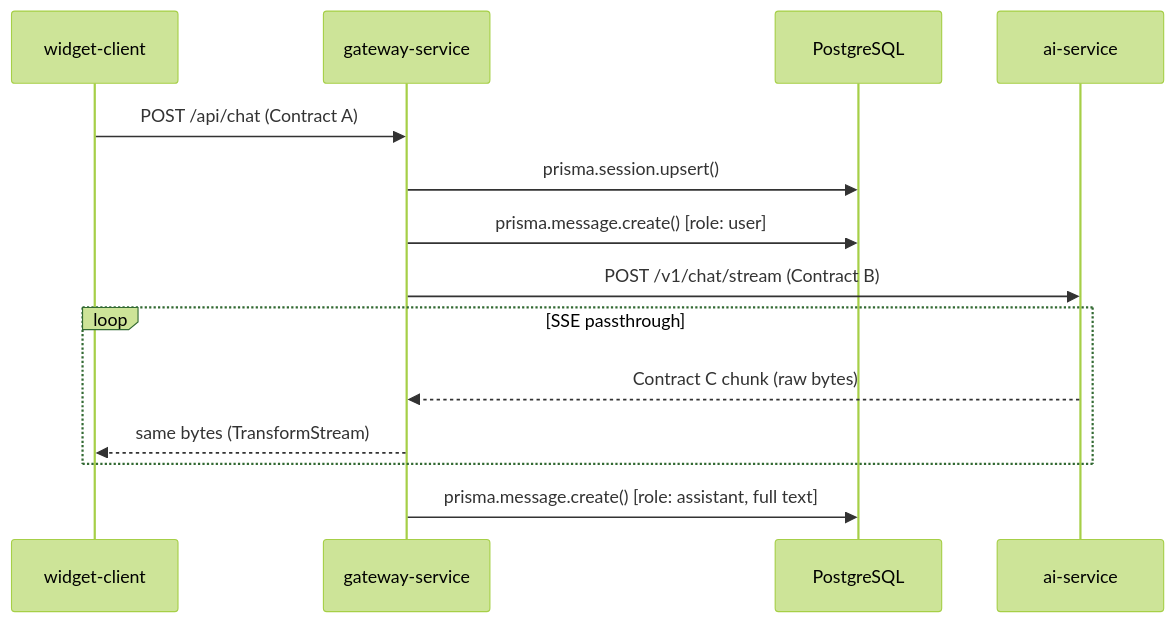
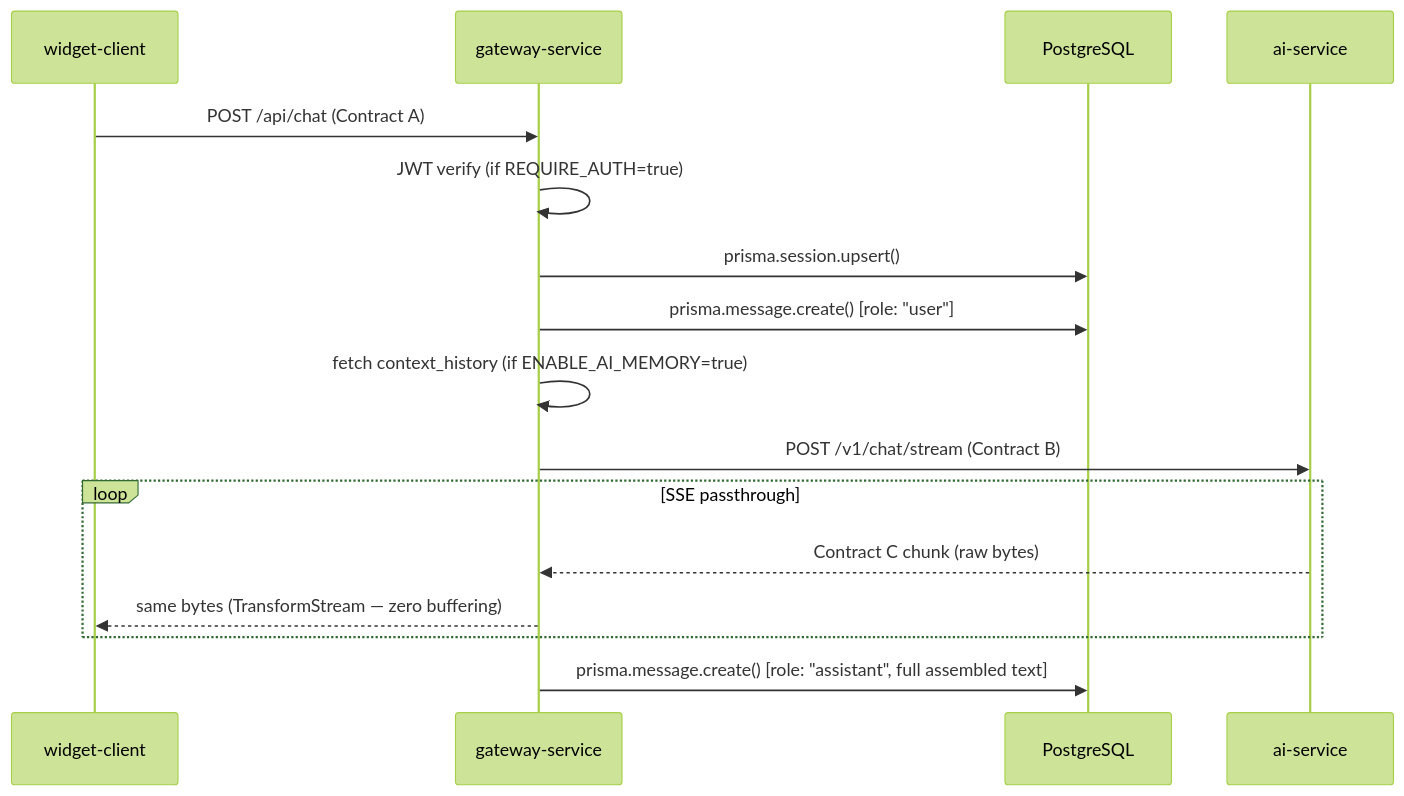
One commit to Manavagarwal2703/compliance-overlay changed the diagram in gateway-service/README.md. Above: the diagram before and after it, drawn with Mermaid (forest theme). The commit also changed other lines of this file and 3 other files, not shown here.

````diff
--- a/gateway-service/README.md
+++ b/gateway-service/README.md
@@ -9,17 +9,19 @@
 ```mermaid
 sequenceDiagram
   participant W as widget-client
   participant G as gateway-service
   participant DB as PostgreSQL
   participant A as ai-service
 
   W->>G: POST /api/chat (Contract A)
+  G->>G: JWT verify (if REQUIRE_AUTH=true)
   G->>DB: prisma.session.upsert()
-  G->>DB: prisma.message.create() [role: user]
+  G->>DB: prisma.message.create() [role: "user"]
+  G->>G: fetch context_history (if ENABLE_AI_MEMORY=true)
   G->>A: POST /v1/chat/stream (Contract B)
   loop SSE passthrough
     A-->>G: Contract C chunk (raw bytes)
-    G-->>W: same bytes (TransformStream)
+    G-->>W: same bytes (TransformStream — zero buffering)
   end
-  G->>DB: prisma.message.create() [role: assistant, full text]
+  G->>DB: prisma.message.create() [role: "assistant", full assembled text]
 ```
````
